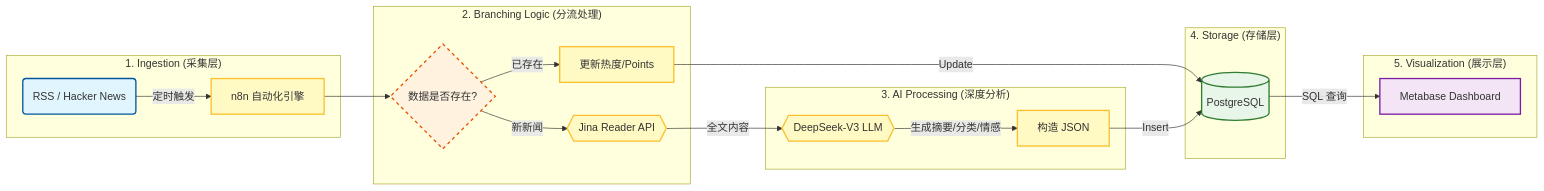
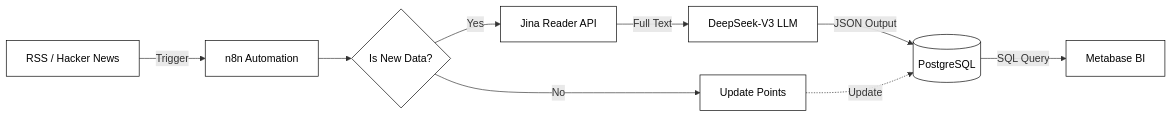
Before and after one commit to Trainingdlu/TechNews_Intelligence: the diagram in README.md, drawn with Mermaid. The commit also changed other lines of this file, not shown here.

````diff
--- a/README.md
+++ b/README.md
@@ -16,42 +16,31 @@
 ```mermaid
-graph LR
-    %% 定义样式
-    classDef source fill:#e1f5fe,stroke:#01579b,stroke-width:2px;
-    classDef process fill:#fff9c4,stroke:#fbc02d,stroke-width:2px;
-    classDef logic fill:#fff3e0,stroke:#e65100,stroke-width:2px,stroke-dasharray: 5 5;
-    classDef db fill:#e8f5e9,stroke:#2e7d32,stroke-width:2px;
-    classDef bi fill:#f3e5f5,stroke:#7b1fa2,stroke-width:2px;
+flowchart LR
+    classDef node fill:#ffffff,stroke:#000000,stroke-width:1px,color:#000000,rx:0,ry:0;
+    classDef logic fill:#ffffff,stroke:#000000,stroke-width:1px,color:#000000;
+    classDef db fill:#ffffff,stroke:#000000,stroke-width:1px,shape:cylinder,color:#000000;
+    
+    A[RSS / Hacker News]
+    B[n8n Automation]
+    C{Is New Data?}
+    D[Jina Reader API]
+    E[DeepSeek-V3 LLM]
+    F[Update Points]
+    G[(PostgreSQL)]
+    H[Metabase BI]
 
-    subgraph "1. Ingestion (采集层)"
-        A(RSS / Hacker News) -->|定时触发| B[n8n 自动化引擎]
-    end
+    A -->|Trigger| B
+    B --> C
+    
+    C -- Yes --> D
+    D -->|Full Text| E
+    E -->|JSON Output| G
+    
+    C -- No --> F
+    F -.->|Update| G
+    
+    G -->|SQL Query| H
 
-    B --> C{数据是否存在?}
-
-    subgraph "2. Branching Logic (分流处理)"
-        C -- 已存在 --> D[更新热度/Points]
-        C -- 新新闻 --> E{{Jina Reader API}}
-    end
-
-    subgraph "3. AI Processing (深度分析)"
-        E -->|全文内容| F{{DeepSeek-V3 LLM}}
-        F -->|生成摘要/分类/情感| G[构造 JSON]
-    end
-
-    subgraph "4. Storage (存储层)"
-        D -->|Update| H[(PostgreSQL)]
-        G -->|Insert| H
-    end
-
-    subgraph "5. Visualization (展示层)"
-        H -->|SQL 查询| I[Metabase Dashboard]
-    end
-
-    %% 应用样式
-    class A source;
-    class B,D,G process;
+    class A,B,D,E,F,H node;
     class C logic;
-    class E,F process;
-    class H db;
-    class I bi;
+    class G db;
 ```
````
